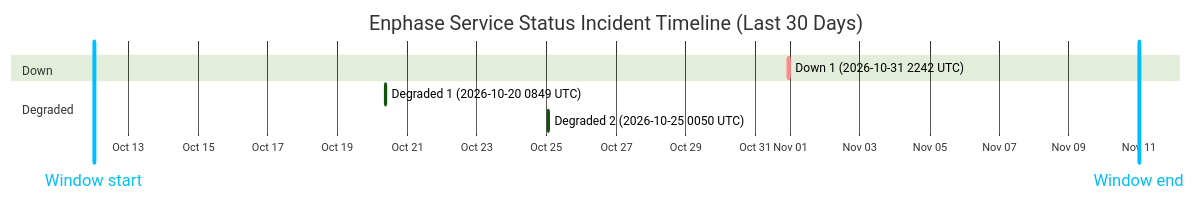
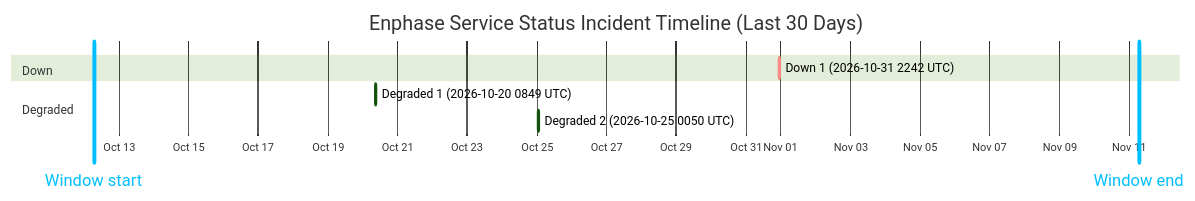
Before and after one commit to barneyonline/ha-enphase-energy: the diagram in wiki/Service-Status-History.md, drawn with Mermaid (forest theme). The commit also changed other lines of this file and 3 other files, not shown here.

````diff
--- a/wiki/Service-Status-History.md
+++ b/wiki/Service-Status-History.md
@@ -14,13 +14,13 @@
 ```mermaid
 gantt
     title Enphase Service Status Incident Timeline (Last 30 Days)
     dateFormat  YYYY-MM-DDTHH:mm:ss
     axisFormat  %b %d
-    Window start :vert, window-start, 2026-10-12T00:08:54, 0ms
-    Window end :vert, window-end, 2026-11-11T00:08:54, 0ms
+    Window start :vert, window-start, 2026-10-12T06:54:50, 0ms
+    Window end :vert, window-end, 2026-11-11T06:54:50, 0ms
     section Down
     Down 1 (2026-10-31 2242 UTC) :crit, down-1, 2026-10-31T22:42:18, 60m
     section Degraded
     Degraded 1 (2026-10-20 0849 UTC) :active, degraded-1, 2026-10-20T08:49:49, 60m
     Degraded 2 (2026-10-25 0050 UTC) :active, degraded-2, 2026-10-25T00:50:01, 60m
 ```
````
